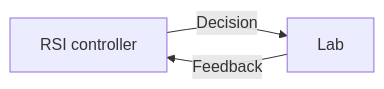
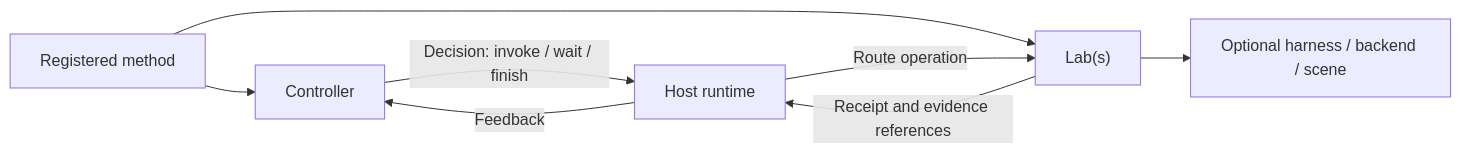
The diagram in README.md (FreedomIntelligence/RSIComposer), drawn with Mermaid before and after one commit. The commit also changed other lines of this file and 1 other file, not shown here.

````diff
--- a/README.md
+++ b/README.md
@@ -39,5 +243,10 @@
 ```mermaid
 flowchart LR
-    C["RSI controller"] -->|Decision| L["Lab"]
-    L -->|Feedback| C
+    M["Registered method"] --> C["Controller"]
+    M --> L["Lab(s)"]
+    C -->|"Decision: invoke / wait / finish"| H["Host runtime"]
+    H -->|"Route operation"| L
+    L -->|"Receipt and evidence references"| H
+    H -->|"Feedback"| C
+    L --> B["Optional harness / backend / scene"]
 ```
````
